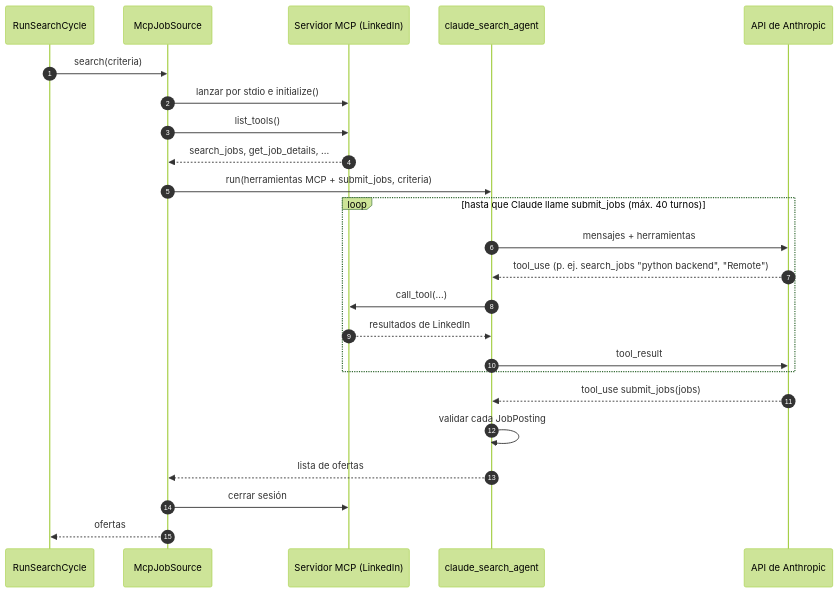
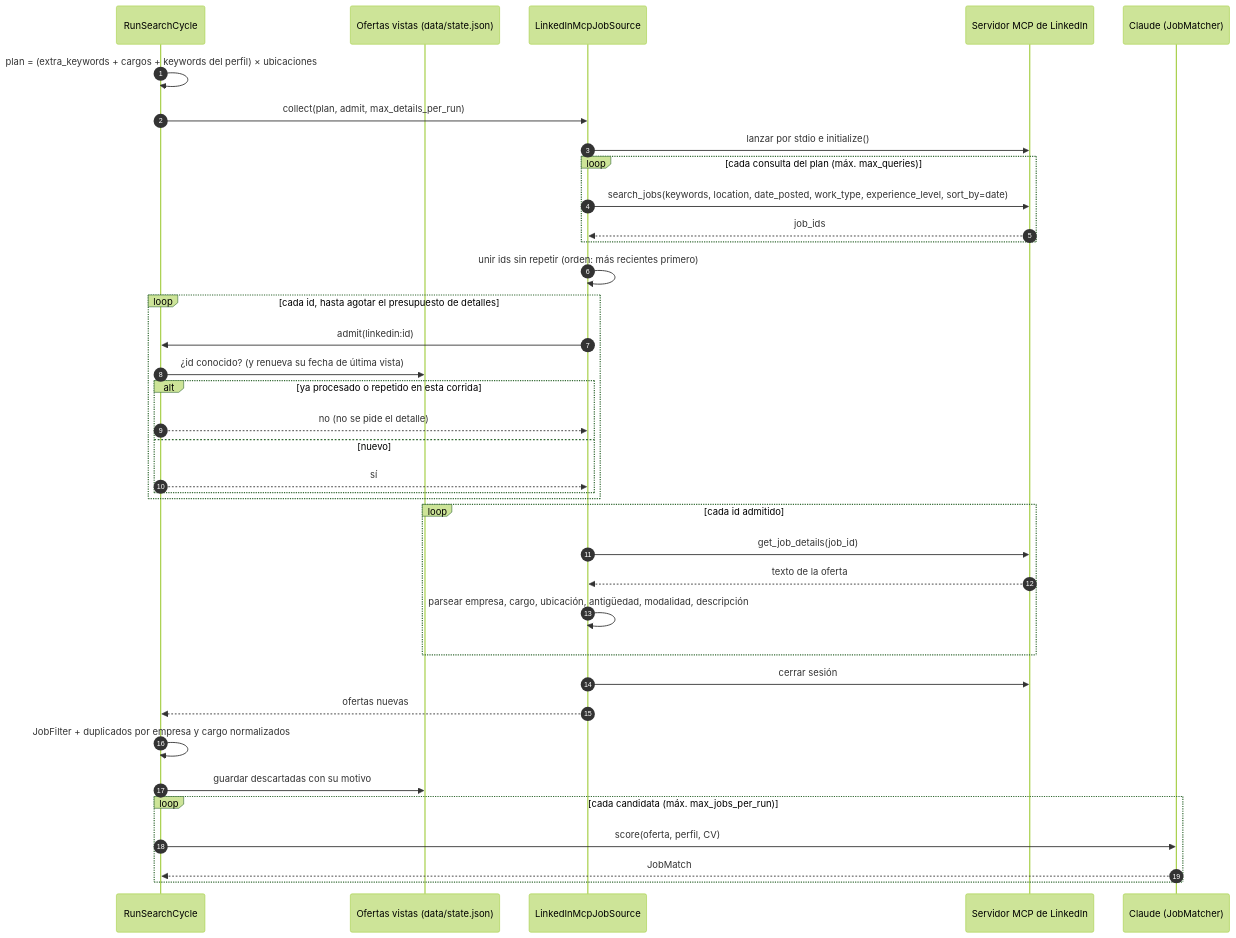
The third of 3 diagrams in docs/arquitectura.md (HugoTalledos/job-search), drawn with Mermaid (forest theme) before and after one commit. The commit also changed other lines of this file and 35 other files, not shown here.

First line of the commit message:
Search and filter deterministically; Claude only judges fit

````diff
--- a/docs/arquitectura.md
+++ b/docs/arquitectura.md
@@ -196,27 +213,40 @@
 ```mermaid
 sequenceDiagram
     autonumber
     participant RSC as RunSearchCycle
-    participant MJS as McpJobSource
-    participant MCP as Servidor MCP (LinkedIn)
-    participant Agent as claude_search_agent
-    participant Claude as API de Anthropic
+    participant Seen as Ofertas vistas (data/state.json)
+    participant LI as LinkedInMcpJobSource
+    participant MCP as Servidor MCP de LinkedIn
+    participant Claude as Claude (JobMatcher)
 
-    RSC->>MJS: search(criteria)
-    MJS->>MCP: lanzar por stdio e initialize()
-    MJS->>MCP: list_tools()
-    MCP-->>MJS: search_jobs, get_job_details, ...
-    MJS->>Agent: run(herramientas MCP + submit_jobs, criteria)
-    loop hasta que Claude llame submit_jobs (máx. 40 turnos)
-        Agent->>Claude: mensajes + herramientas
-        Claude-->>Agent: tool_use (p. ej. search_jobs "python backend", "Remote")
-        Agent->>MCP: call_tool(...)
-        MCP-->>Agent: resultados de LinkedIn
-        Agent->>Claude: tool_result
+    RSC->>RSC: plan = (extra_keywords + cargos + keywords del perfil) × ubicaciones
+    RSC->>LI: collect(plan, admit, max_details_per_run)
+    LI->>MCP: lanzar por stdio e initialize()
+    loop cada consulta del plan (máx. max_queries)
+        LI->>MCP: search_jobs(keywords, location, date_posted, work_type, experience_level, sort_by=date)
+        MCP-->>LI: job_ids
     end
-    Claude-->>Agent: tool_use submit_jobs(jobs)
-    Agent->>Agent: validar cada JobPosting
-    Agent-->>MJS: lista de ofertas
-    MJS->>MCP: cerrar sesión
-    MJS-->>RSC: ofertas
+    LI->>LI: unir ids sin repetir (orden: más recientes primero)
+    loop cada id, hasta agotar el presupuesto de detalles
+        LI->>RSC: admit(linkedin:id)
+        RSC->>Seen: ¿id conocido? (y renueva su fecha de última vista)
+        alt ya procesado o repetido en esta corrida
+            RSC-->>LI: no (no se pide el detalle)
+        else nuevo
+            RSC-->>LI: sí
+        end
+    end
+    loop cada id admitido
+        LI->>MCP: get_job_details(job_id)
+        MCP-->>LI: texto de la oferta
+        LI->>LI: parsear empresa, cargo, ubicación, antigüedad, modalidad, descripción
+    end
+    LI->>MCP: cerrar sesión
+    LI-->>RSC: ofertas nuevas
+    RSC->>RSC: JobFilter + duplicados por empresa y cargo normalizados
+    RSC->>Seen: guardar descartadas con su motivo
+    loop cada candidata (máx. max_jobs_per_run)
+        RSC->>Claude: score(oferta, perfil, CV)
+        Claude-->>RSC: JobMatch
+    end
 ```
````
